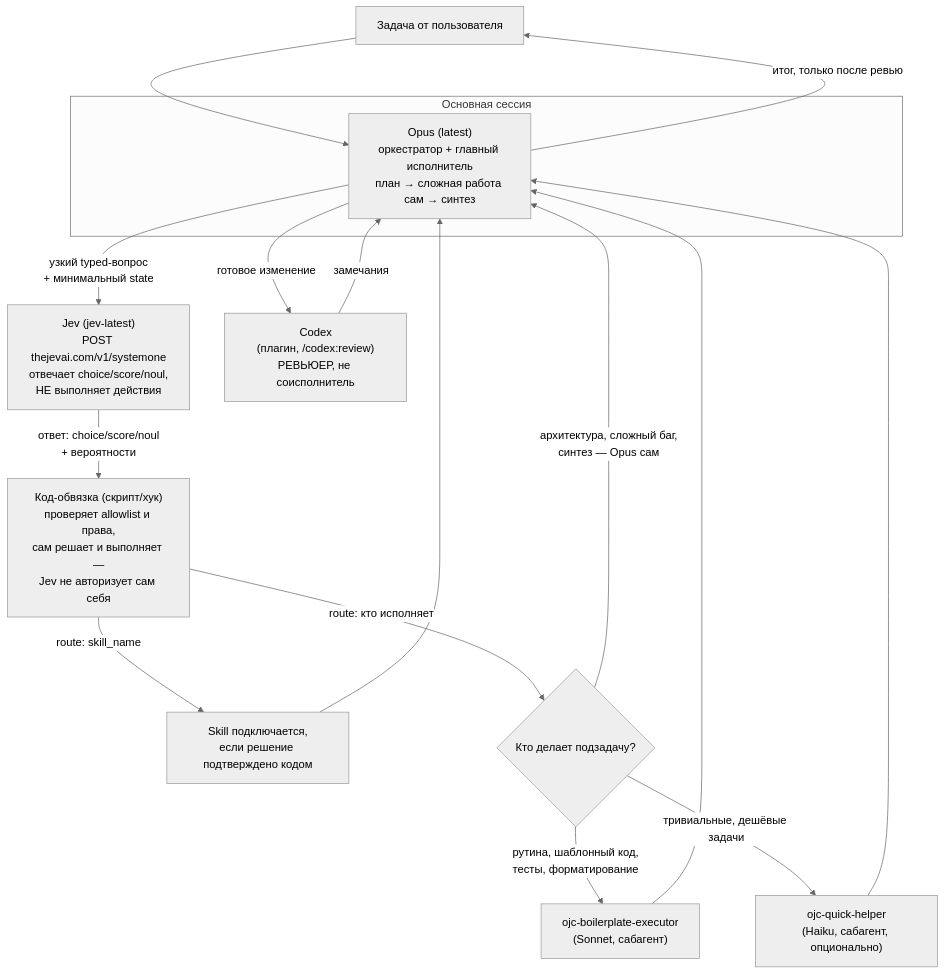
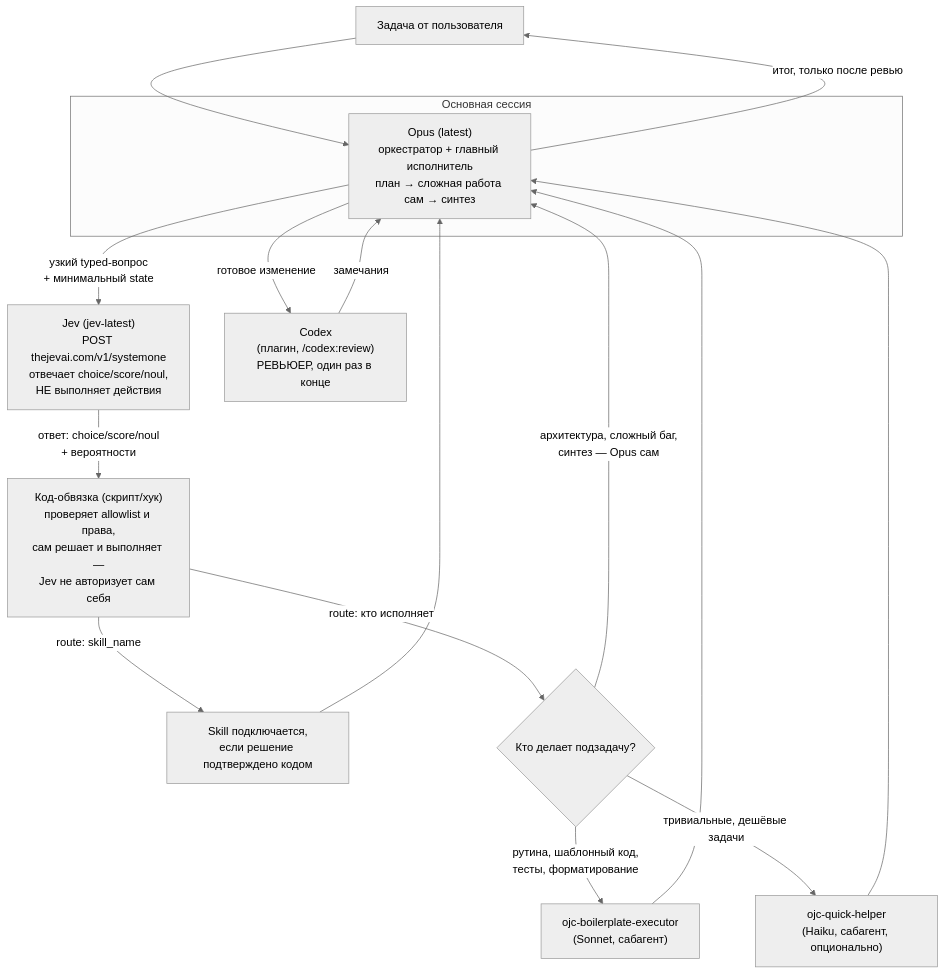
One commit to Lightwell-bg/agents_cc_codex changed the diagram in README.md. Above: the diagram before and after it, drawn with Mermaid (neutral theme). The commit also changed other lines of this file and 2 other files, not shown here.

First line of the commit message:
Limit Codex to a single final review per task

````diff
--- a/README.md
+++ b/README.md
@@ -19,27 +19,27 @@
 ```mermaid
 flowchart TD
     U["Задача от пользователя"] --> O
 
     subgraph MAIN["Основная сессия"]
         O["Opus (latest)<br/>оркестратор + главный исполнитель<br/>план → сложная работа сам → синтез"]
     end
 
     O -->|"узкий typed-вопрос<br/>+ минимальный state"| J["Jev (jev-latest)<br/>POST thejevai.com/v1/systemone<br/>отвечает choice/score/noul,<br/>НЕ выполняет действия"]
 
     J -->|"ответ: choice/score/noul<br/>+ вероятности"| CODE["Код-обвязка (скрипт/хук)<br/>проверяет allowlist и права,<br/>сам решает и выполняет —<br/>Jev не авторизует сам себя"]
 
     CODE -->|"route: skill_name"| SK["Skill подключается,<br/>если решение подтверждено кодом"]
     CODE -->|"route: кто исполняет"| ROUTE{"Кто делает подзадачу?"}
 
     ROUTE -->|"архитектура, сложный баг,<br/>синтез — Opus сам"| O
     ROUTE -->|"рутина, шаблонный код,<br/>тесты, форматирование"| B["ojc-boilerplate-executor<br/>(Sonnet, сабагент)"]
     ROUTE -->|"тривиальные, дешёвые задачи"| Q["ojc-quick-helper<br/>(Haiku, сабагент, опционально)"]
 
     B --> O
     Q --> O
     SK --> O
 
-    O -->|"готовое изменение"| C["Codex<br/>(плагин, /codex:review)<br/>РЕВЬЮЕР, не соисполнитель"]
+    O -->|"готовое изменение"| C["Codex<br/>(плагин, /codex:review)<br/>РЕВЬЮЕР, один раз в конце"]
     C -->|"замечания"| O
     O -->|"итог, только после ревью"| U
 ```
````
